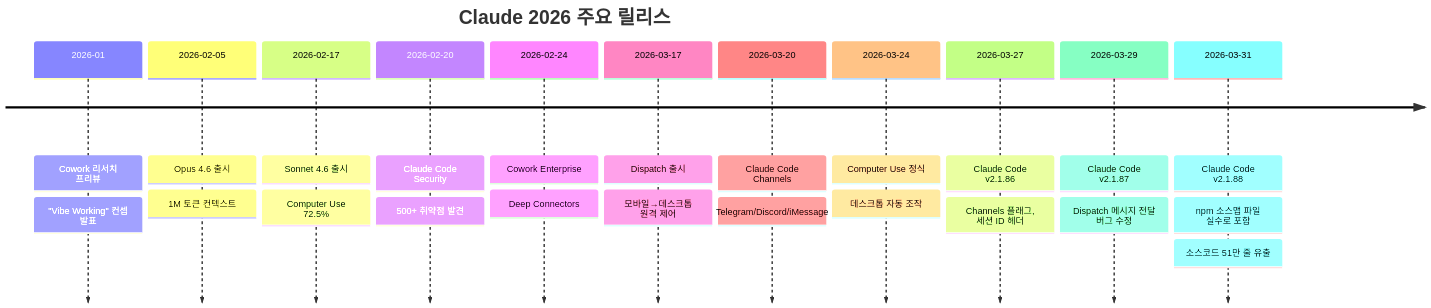
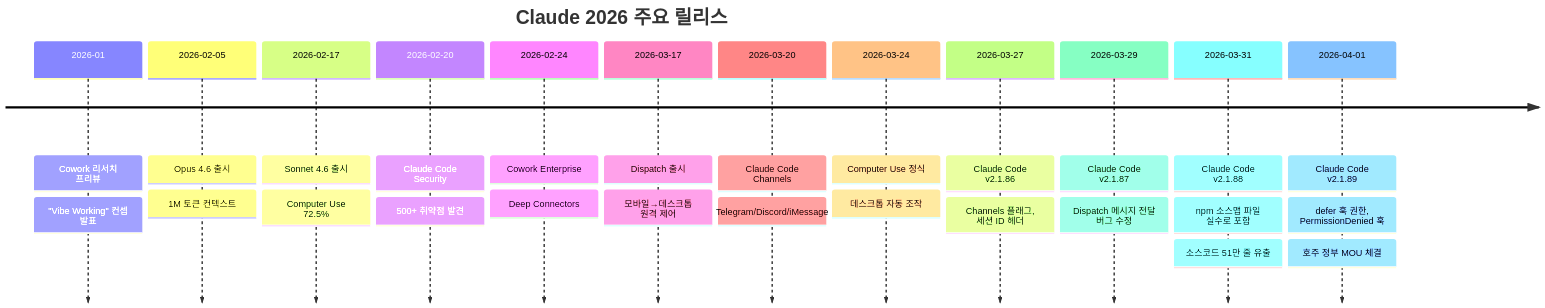
One commit to adszzz11/study changed the diagram in tech/ai/claude/12-2026-updates.md. Above: the diagram before and after it, drawn with Mermaid. The commit also changed other lines of this file, not shown here.

First line of the commit message:
📝 [docs] Claude 업데이트 반영 - 2026-04-02

````diff
--- a/tech/ai/claude/12-2026-updates.md
+++ b/tech/ai/claude/12-2026-updates.md
@@ -17,27 +17,30 @@
 ```mermaid
 timeline
     title Claude 2026 주요 릴리스
     2026-01 : Cowork 리서치 프리뷰
            : "Vibe Working" 컨셉 발표
     2026-02-05 : Opus 4.6 출시
               : 1M 토큰 컨텍스트
     2026-02-17 : Sonnet 4.6 출시
               : Computer Use 72.5%
     2026-02-20 : Claude Code Security
               : 500+ 취약점 발견
     2026-02-24 : Cowork Enterprise
               : Deep Connectors
     2026-03-17 : Dispatch 출시
               : 모바일→데스크톱 원격 제어
     2026-03-20 : Claude Code Channels
               : Telegram/Discord/iMessage
     2026-03-24 : Computer Use 정식
               : 데스크톱 자동 조작
     2026-03-27 : Claude Code v2.1.86
               : Channels 플래그, 세션 ID 헤더
     2026-03-29 : Claude Code v2.1.87
               : Dispatch 메시지 전달 버그 수정
     2026-03-31 : Claude Code v2.1.88
               : npm 소스맵 파일 실수로 포함
               : 소스코드 51만 줄 유출
+    2026-04-01 : Claude Code v2.1.89
+              : defer 훅 권한, PermissionDenied 훅
+              : 호주 정부 MOU 체결
 ```
````
